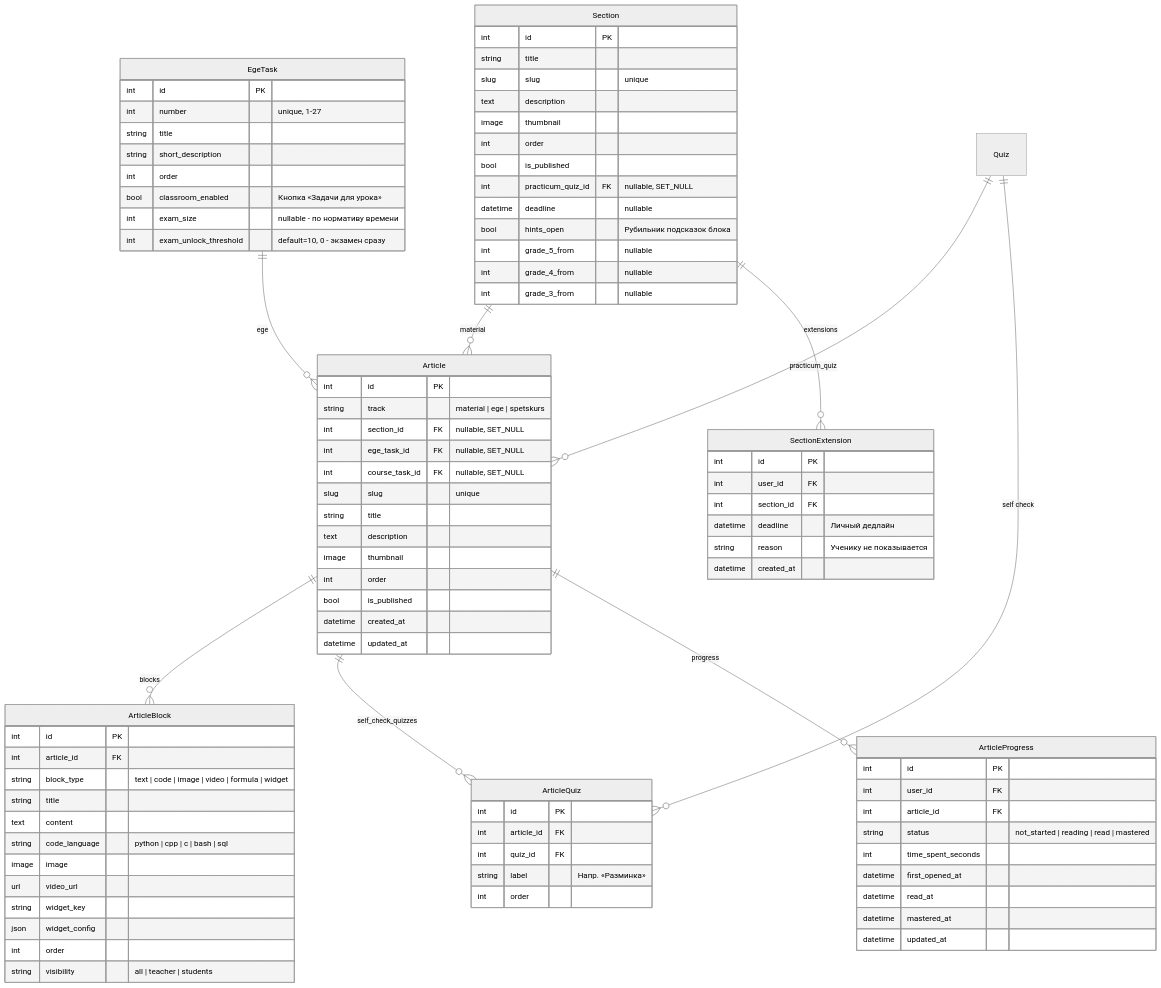
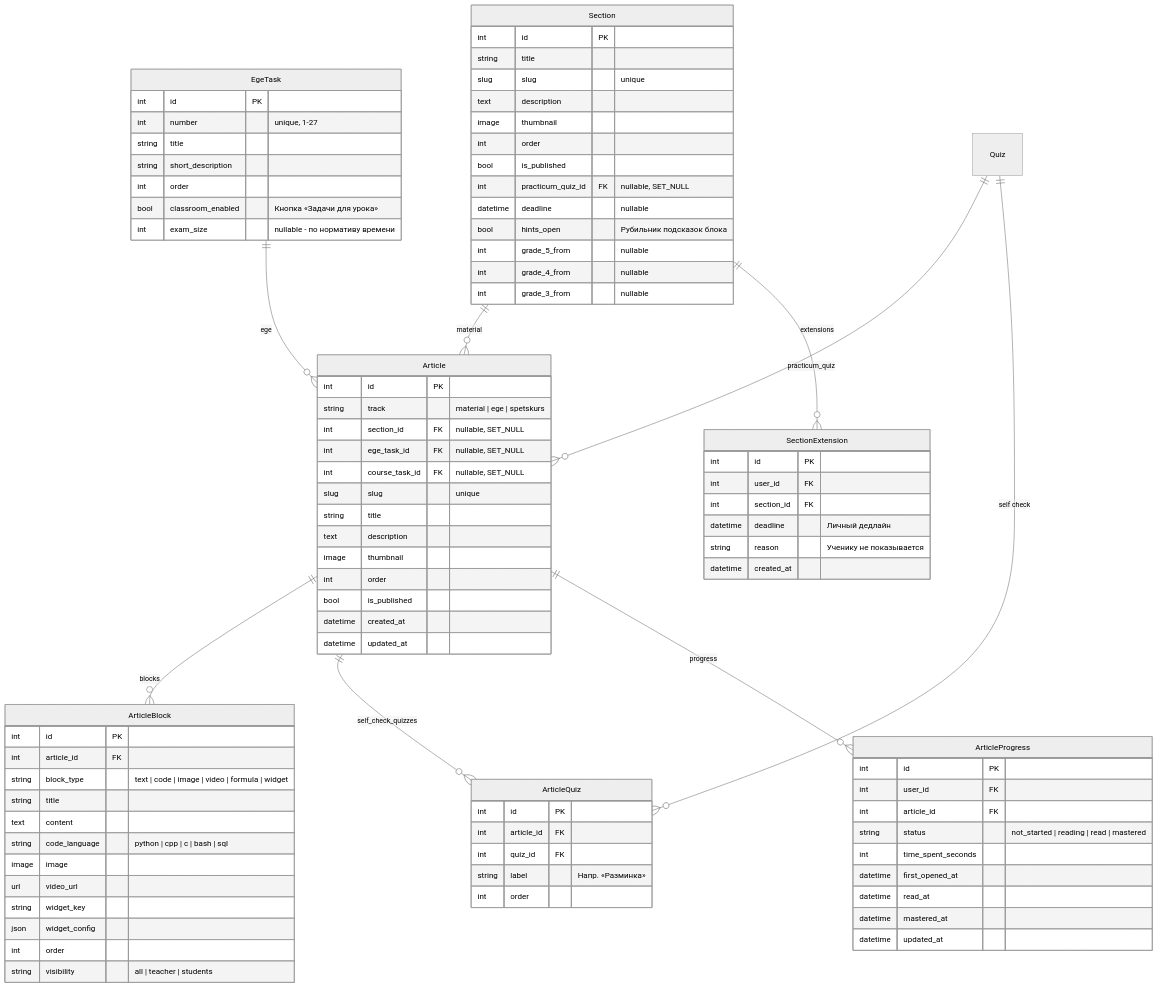
One commit to Kirill2517nv/SiteAboutMe changed the seventh of 10 diagrams in docs/database/er-diagram.md. Above: the diagram before and after it, drawn with Mermaid (neutral theme). The commit also changed 38 other files, not shown here.

```diff
--- a/docs/database/er-diagram.md
+++ b/docs/database/er-diagram.md
@@ -416,7 +416,6 @@
         int order
         bool classroom_enabled "Кнопка «Задачи для урока»"
         int exam_size "nullable - по нормативу времени"
-        int exam_unlock_threshold "default=10, 0 - экзамен сразу"
     }
 
     Article {
```
